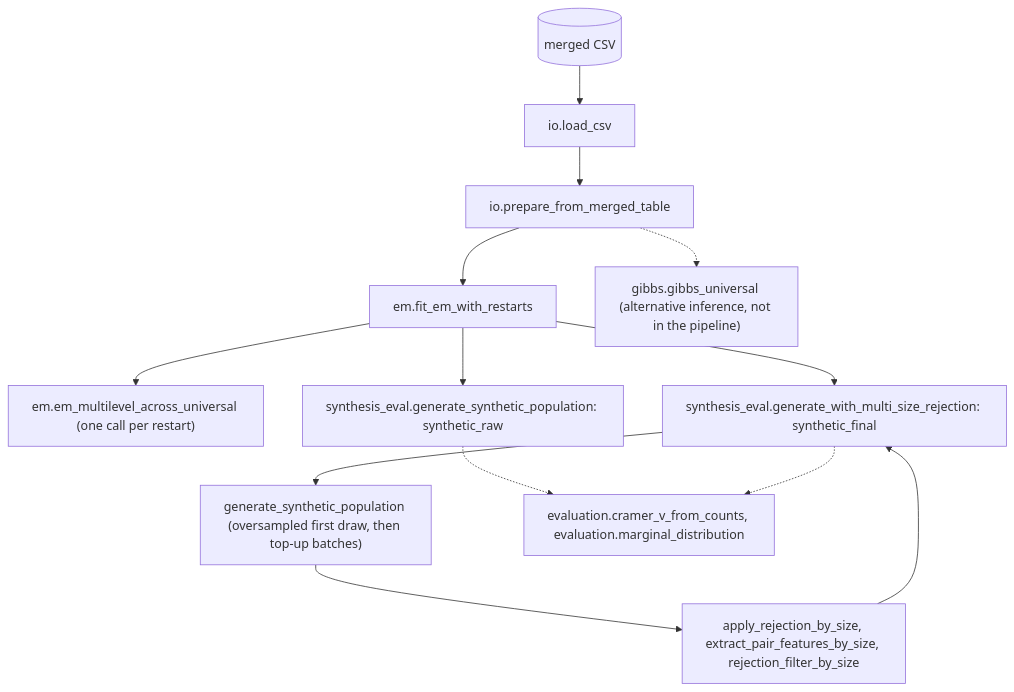
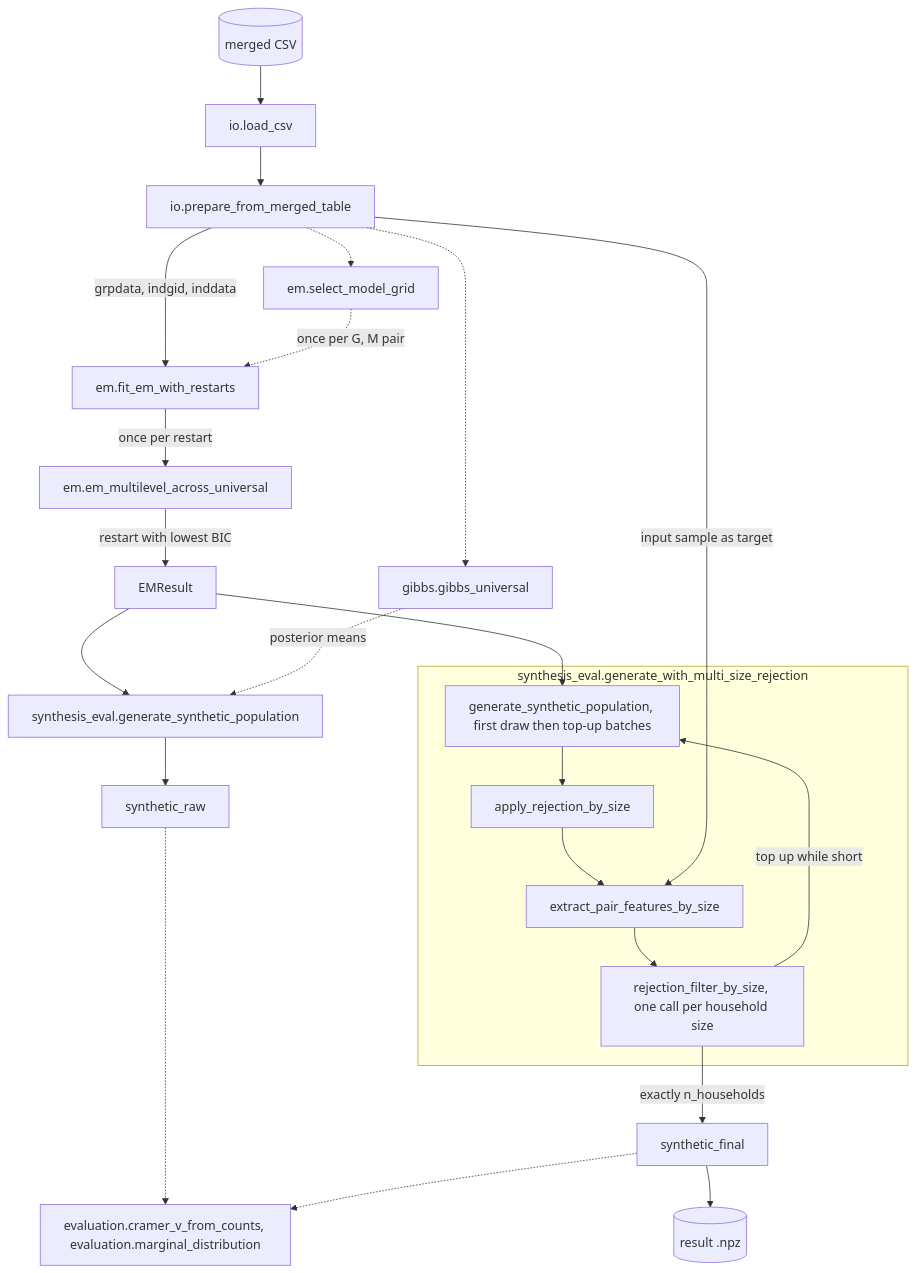
One commit to Zhuhan-J/hlc-popsyn changed the diagram in README.md. Above: the diagram before and after it, drawn with Mermaid. The commit also changed other lines of this file and 1 other file, not shown here.

First line of the commit message:
Rewrite README with verified MATLAB comparison and data-flow diagram

````diff
--- a/README.md
+++ b/README.md
@@ -65,15 +86,26 @@
 ```mermaid
 flowchart TD
     csv[("merged CSV")] --> load["io.load_csv"]
     load --> prep["io.prepare_from_merged_table"]
-    prep --> em["em.fit_em_with_restarts"]
-    em --> core["em.em_multilevel_across_universal (one call per restart)"]
-    prep -.-> gibbs["gibbs.gibbs_universal (alternative inference, not in the pipeline)"]
-    em --> raw["synthesis_eval.generate_synthetic_population: synthetic_raw"]
-    em --> loop["synthesis_eval.generate_with_multi_size_rejection: synthetic_final"]
-    loop --> draw["generate_synthetic_population (oversampled first draw, then top-up batches)"]
-    draw --> rej["apply_rejection_by_size, extract_pair_features_by_size, rejection_filter_by_size"]
-    rej --> loop
+    prep -->|"grpdata, indgid, inddata"| fit["em.fit_em_with_restarts"]
+    fit -->|"once per restart"| core["em.em_multilevel_across_universal"]
+    core -->|"restart with lowest BIC"| params["EMResult"]
+    params --> gen["synthesis_eval.generate_synthetic_population"]
+    gen --> raw["synthetic_raw"]
+    params --> draw
+    subgraph rejloop ["synthesis_eval.generate_with_multi_size_rejection"]
+        draw["generate_synthetic_population, first draw then top-up batches"] --> rej["apply_rejection_by_size"]
+        rej --> feat["extract_pair_features_by_size"]
+        feat --> filt["rejection_filter_by_size, one call per household size"]
+        filt -->|"top up while short"| draw
+    end
+    prep -->|"input sample as target"| feat
+    filt -->|"exactly n_households"| final["synthetic_final"]
+    final --> npz[("result .npz")]
+    prep -.-> grid["em.select_model_grid"]
+    grid -.->|"once per G, M pair"| fit
+    prep -.-> gibbs["gibbs.gibbs_universal"]
+    gibbs -.->|"posterior means"| gen
     raw -.-> ev["evaluation.cramer_v_from_counts, evaluation.marginal_distribution"]
-    loop -.-> ev
+    final -.-> ev
 ```
````
